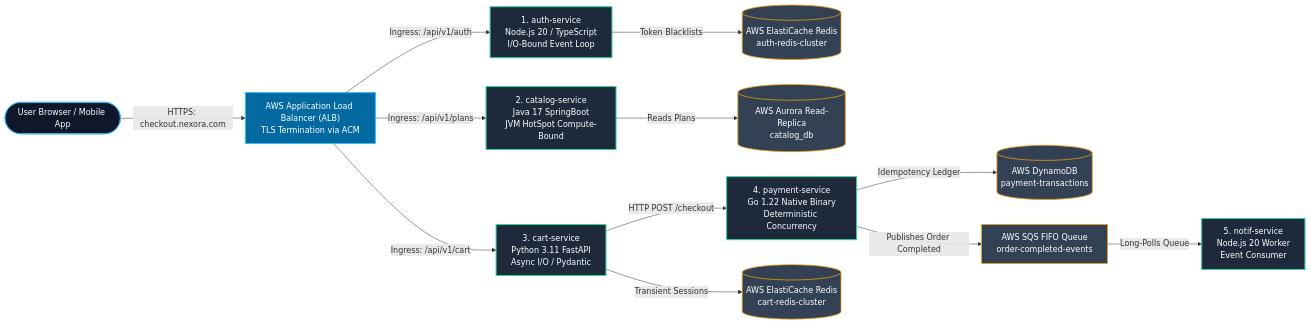
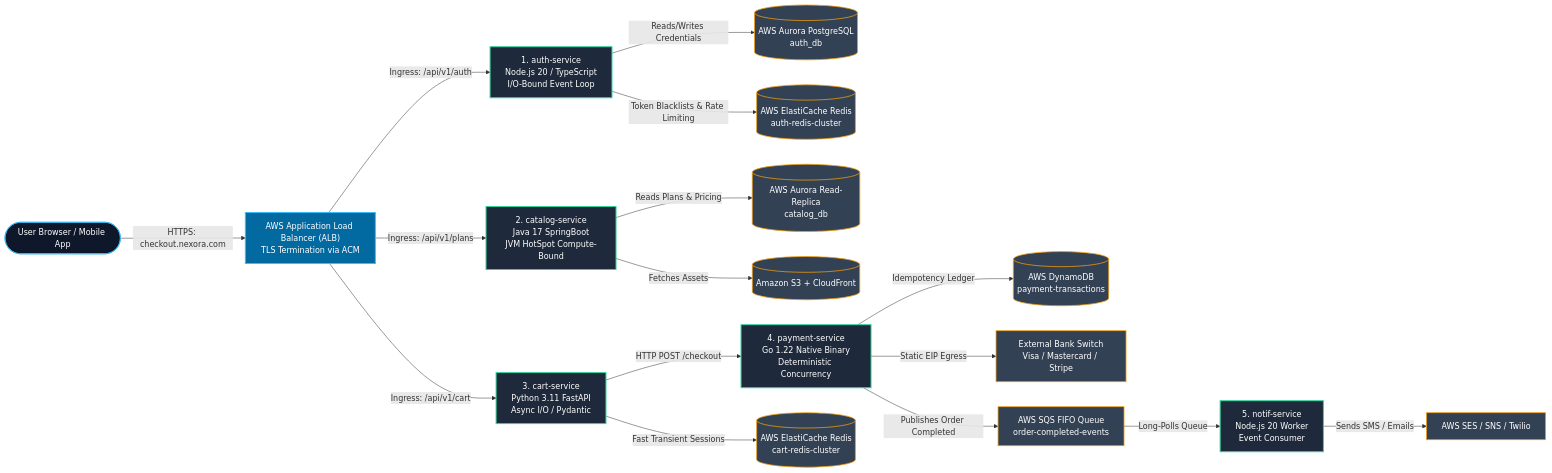
One commit to pvsafwa/devops-course-playbook changed the sixth of 14 diagrams in DevOps_CI_CD_Master_Engineering_Blueprint.md. Above: the diagram before and after it, drawn with Mermaid. The commit also changed other lines of this file, not shown here.

````diff
--- a/DevOps_CI_CD_Master_Engineering_Blueprint.md
+++ b/DevOps_CI_CD_Master_Engineering_Blueprint.md
@@ -129,19 +236,24 @@
 ```mermaid
 flowchart LR
     User(["User Browser / Mobile App"]) -->|"HTTPS: checkout.nexora.com"| ALB["AWS Application Load Balancer (ALB)<br/>TLS Termination via ACM"]
     ALB -->|"Ingress: /api/v1/auth"| Auth["1. auth-service<br/>Node.js 20 / TypeScript<br/>I/O-Bound Event Loop"]
     ALB -->|"Ingress: /api/v1/plans"| Catalog["2. catalog-service<br/>Java 17 SpringBoot<br/>JVM HotSpot Compute-Bound"]
     ALB -->|"Ingress: /api/v1/cart"| Cart["3. cart-service<br/>Python 3.11 FastAPI<br/>Async I/O / Pydantic"]
     Cart -->|"HTTP POST /checkout"| Payment["4. payment-service<br/>Go 1.22 Native Binary<br/>Deterministic Concurrency"]
-    Auth -->|"Token Blacklists"| RedisAuth[("AWS ElastiCache Redis<br/>auth-redis-cluster")]
-    Catalog -->|"Reads Plans"| AuroraCat[("AWS Aurora Read-Replica<br/>catalog_db")]
-    Cart -->|"Transient Sessions"| RedisCart[("AWS ElastiCache Redis<br/>cart-redis-cluster")]
+    Auth -->|"Reads/Writes Credentials"| AuroraAuth[("AWS Aurora PostgreSQL<br/>auth_db")]
+    Auth -->|"Token Blacklists & Rate Limiting"| RedisAuth[("AWS ElastiCache Redis<br/>auth-redis-cluster")]
+    Catalog -->|"Reads Plans & Pricing"| AuroraCat[("AWS Aurora Read-Replica<br/>catalog_db")]
+    Catalog -->|"Fetches Assets"| S3CDN[("Amazon S3 + CloudFront")]
+    Cart -->|"Fast Transient Sessions"| RedisCart[("AWS ElastiCache Redis<br/>cart-redis-cluster")]
     Payment -->|"Idempotency Ledger"| DynamoDB[("AWS DynamoDB<br/>payment-transactions")]
+    Payment -->|"Static EIP Egress"| ExtBank["External Bank Switch<br/>Visa / Mastercard / Stripe"]
     Payment -->|"Publishes Order Completed"| SQS["AWS SQS FIFO Queue<br/>order-completed-events"]
     SQS -->|"Long-Polls Queue"| Notif["5. notif-service<br/>Node.js 20 Worker<br/>Event Consumer"]
+    Notif -->|"Sends SMS / Emails"| SES_SNS["AWS SES / SNS / Twilio"]
     classDef client fill:#0f172a,stroke:#38bdf8,stroke-width:1.5px,color:#ffffff;
     classDef ingress fill:#0369a1,stroke:#38bdf8,stroke-width:2px,color:#ffffff;
     classDef svc fill:#1e293b,stroke:#34d399,stroke-width:2px,color:#ffffff;
     classDef db fill:#334155,stroke:#f59e0b,stroke-width:1.5px,color:#ffffff;
-    class User client; class ALB ingress; class Auth,Catalog,Cart,Payment,Notif svc; class RedisAuth,AuroraCat,RedisCart,DynamoDB,SQS db;
+    class User client; class ALB ingress; class Auth,Catalog,Cart,Payment,Notif svc;
+    class AuroraAuth,RedisAuth,AuroraCat,S3CDN,RedisCart,DynamoDB,ExtBank,SES_SNS,SQS db;
 ```
````
